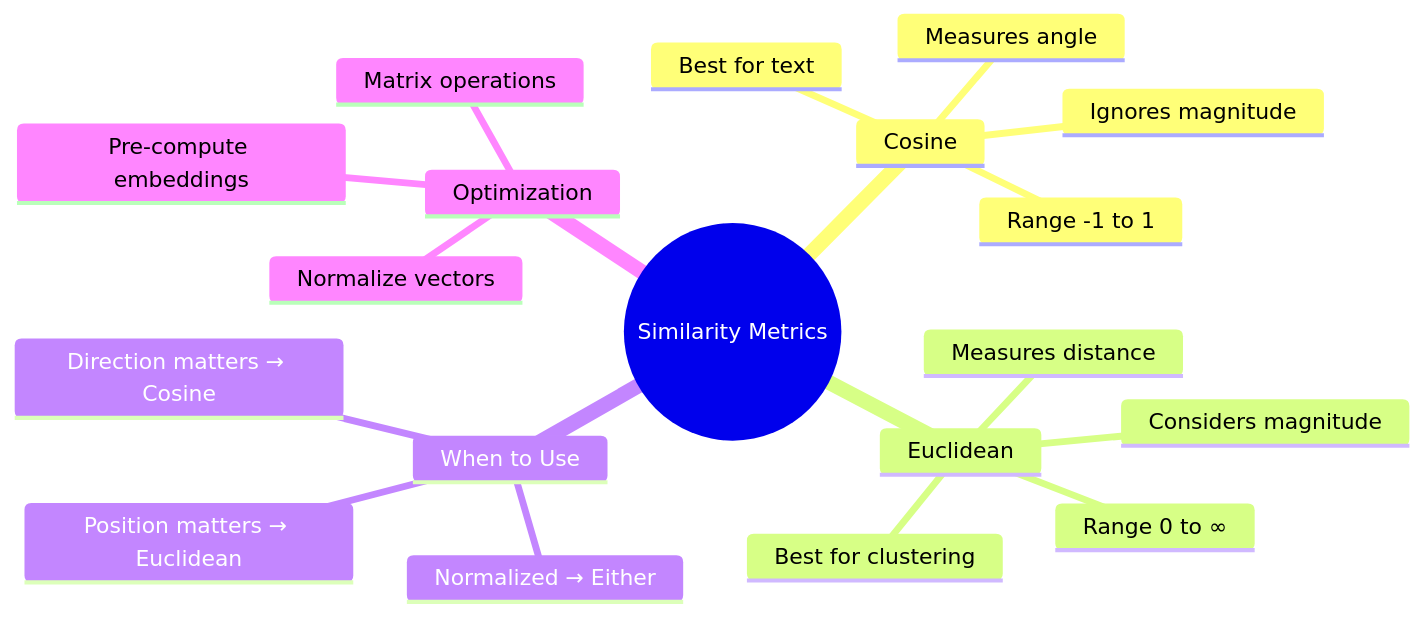
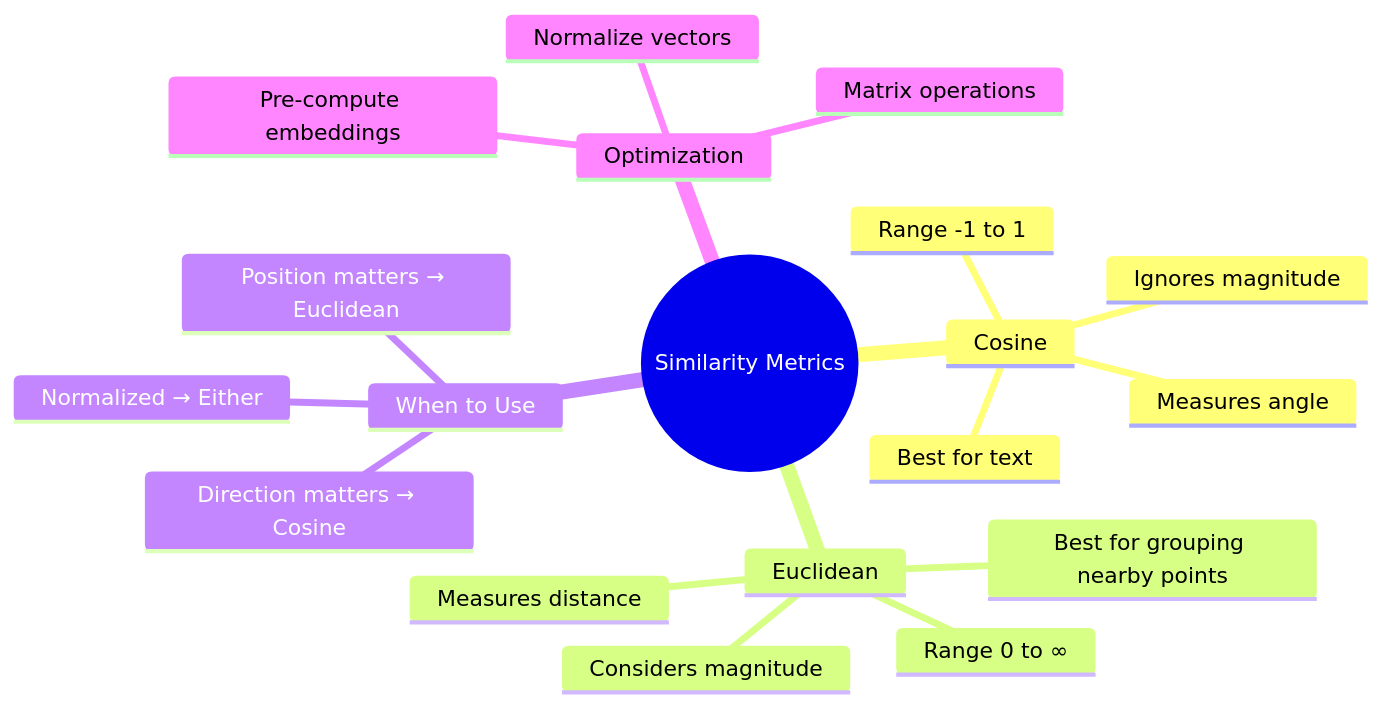
The sixth of 6 diagrams in Phase_2_RAG_and_Tool_Calling/Day_020_cosine_euclidean_similarity/cosine_euclidean_similarity.md (akshkr/akashnotes), drawn with Mermaid before and after one commit. The commit also changed other lines of this file and 95 other files, not shown here.

````diff
--- a/Phase_2_RAG_and_Tool_Calling/Day_020_cosine_euclidean_similarity/cosine_euclidean_similarity.md
+++ b/Phase_2_RAG_and_Tool_Calling/Day_020_cosine_euclidean_similarity/cosine_euclidean_similarity.md
@@ -530,22 +548,22 @@
 ```mermaid
 mindmap
   root((Similarity Metrics))
     Cosine
       Measures angle
       Range -1 to 1
       Ignores magnitude
       Best for text
     Euclidean
       Measures distance
       Range 0 to ∞
       Considers magnitude
-      Best for clustering
+      Best for grouping nearby points
     When to Use
       Normalized → Either
       Direction matters → Cosine
       Position matters → Euclidean
     Optimization
       Normalize vectors
       Matrix operations
       Pre-compute embeddings
 ```
````
